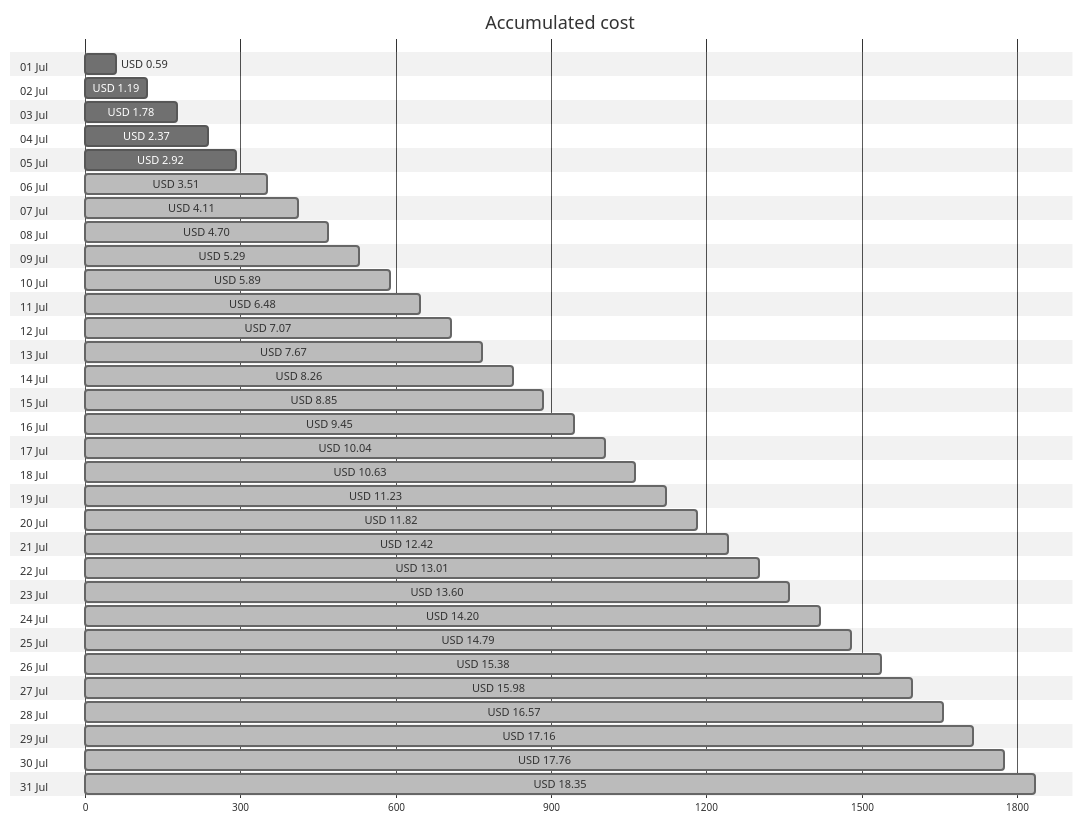
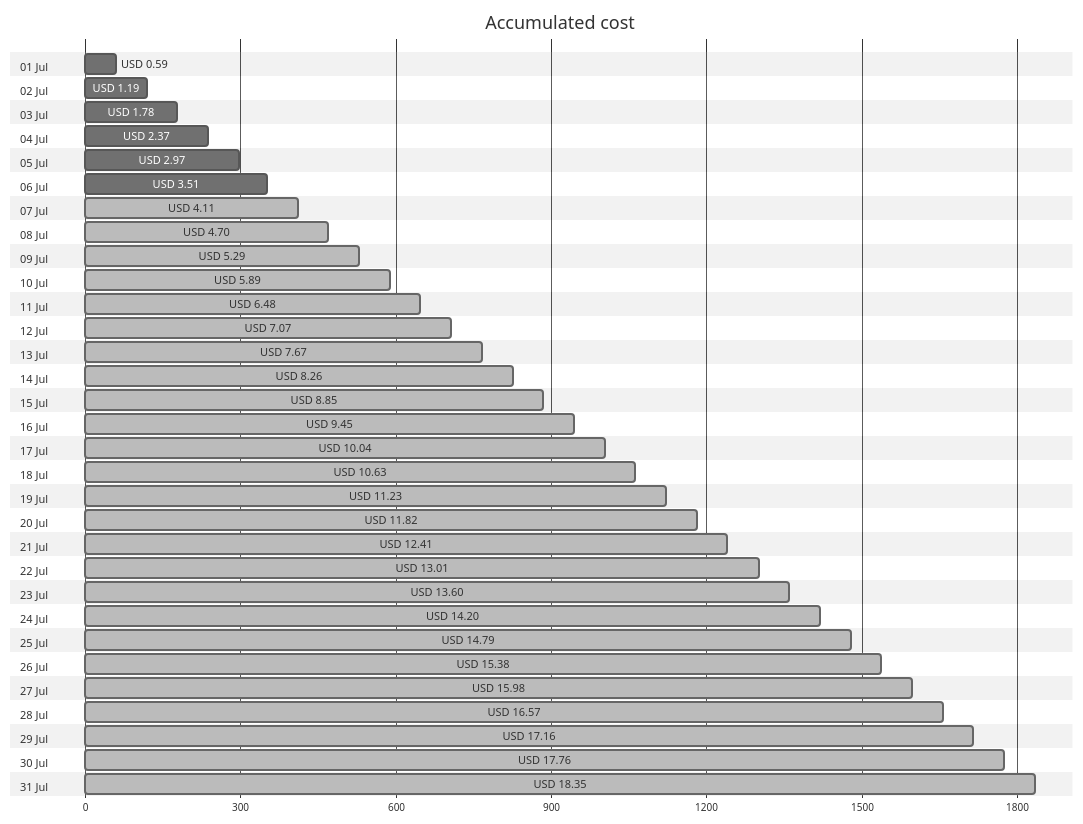
The first of 4 diagrams in cost-reports/personal-site/README.md (jpfulton/azure-personal-reports), drawn with Mermaid (neutral theme) before and after one commit. The commit also changed other lines of this file and 6 other files, not shown here.

````diff
--- a/cost-reports/personal-site/README.md
+++ b/cost-reports/personal-site/README.md
@@ -20,68 +20,68 @@
 ```mermaid
 gantt
    title Accumulated cost
    dateFormat  X
    axisFormat %s
    section 01 Jul
    USD 0.59 :0, 59
    section 02 Jul
    USD 1.19 :0, 119
    section 03 Jul
    USD 1.78 :0, 178
    section 04 Jul
    USD 2.37 :0, 237
    section 05 Jul
-   USD 2.92 :0, 292
+   USD 2.97 :0, 297
    section 06 Jul
-   USD 3.51 : done, 0, 351
+   USD 3.51 :0, 351
    section 07 Jul
    USD 4.11 : done, 0, 411
    section 08 Jul
    USD 4.70 : done, 0, 470
    section 09 Jul
    USD 5.29 : done, 0, 529
    section 10 Jul
    USD 5.89 : done, 0, 589
    section 11 Jul
    USD 6.48 : done, 0, 648
    section 12 Jul
    USD 7.07 : done, 0, 707
    section 13 Jul
    USD 7.67 : done, 0, 767
    section 14 Jul
    USD 8.26 : done, 0, 826
    section 15 Jul
    USD 8.85 : done, 0, 885
    section 16 Jul
    USD 9.45 : done, 0, 945
    section 17 Jul
    USD 10.04 : done, 0, 1004
    section 18 Jul
    USD 10.63 : done, 0, 1063
    section 19 Jul
    USD 11.23 : done, 0, 1123
    section 20 Jul
    USD 11.82 : done, 0, 1182
    section 21 Jul
-   USD 12.42 : done, 0, 1242
+   USD 12.41 : done, 0, 1241
    section 22 Jul
    USD 13.01 : done, 0, 1301
    section 23 Jul
    USD 13.60 : done, 0, 1360
    section 24 Jul
    USD 14.20 : done, 0, 1420
    section 25 Jul
    USD 14.79 : done, 0, 1479
    section 26 Jul
    USD 15.38 : done, 0, 1538
    section 27 Jul
    USD 15.98 : done, 0, 1598
    section 28 Jul
    USD 16.57 : done, 0, 1657
    section 29 Jul
    USD 17.16 : done, 0, 1716
    section 30 Jul
    USD 17.76 : done, 0, 1776
    section 31 Jul
    USD 18.35 : done, 0, 1835
 ```
````
